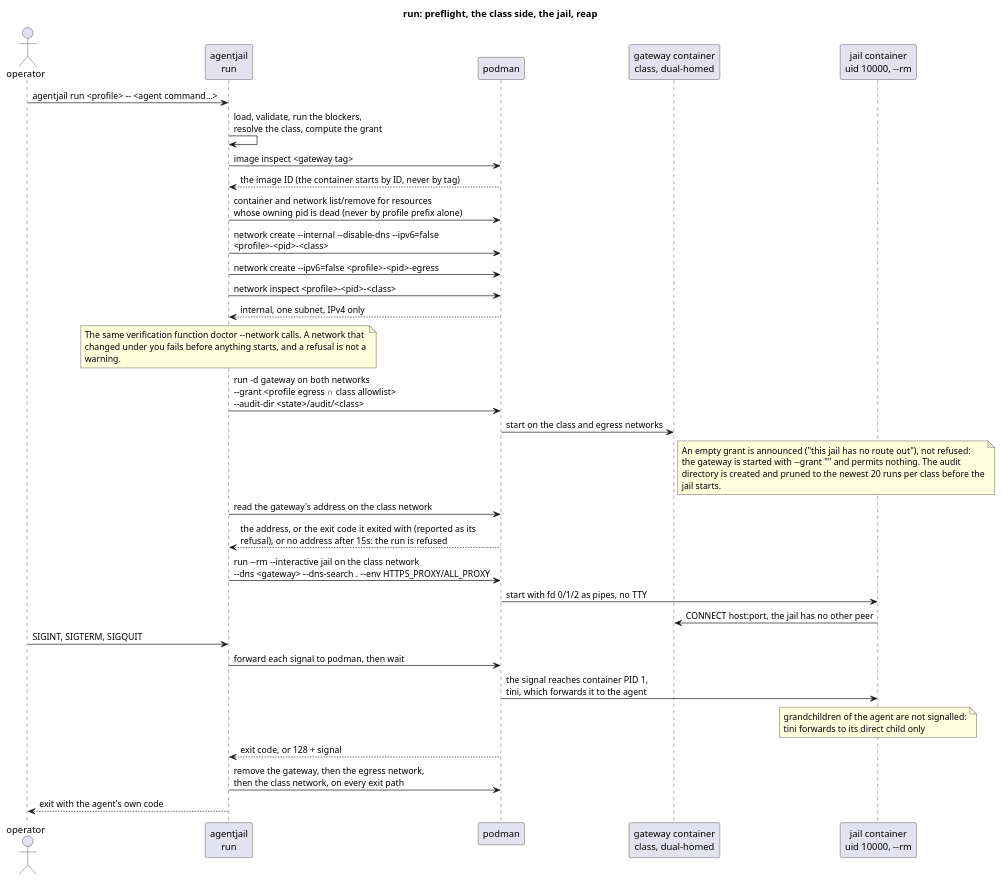
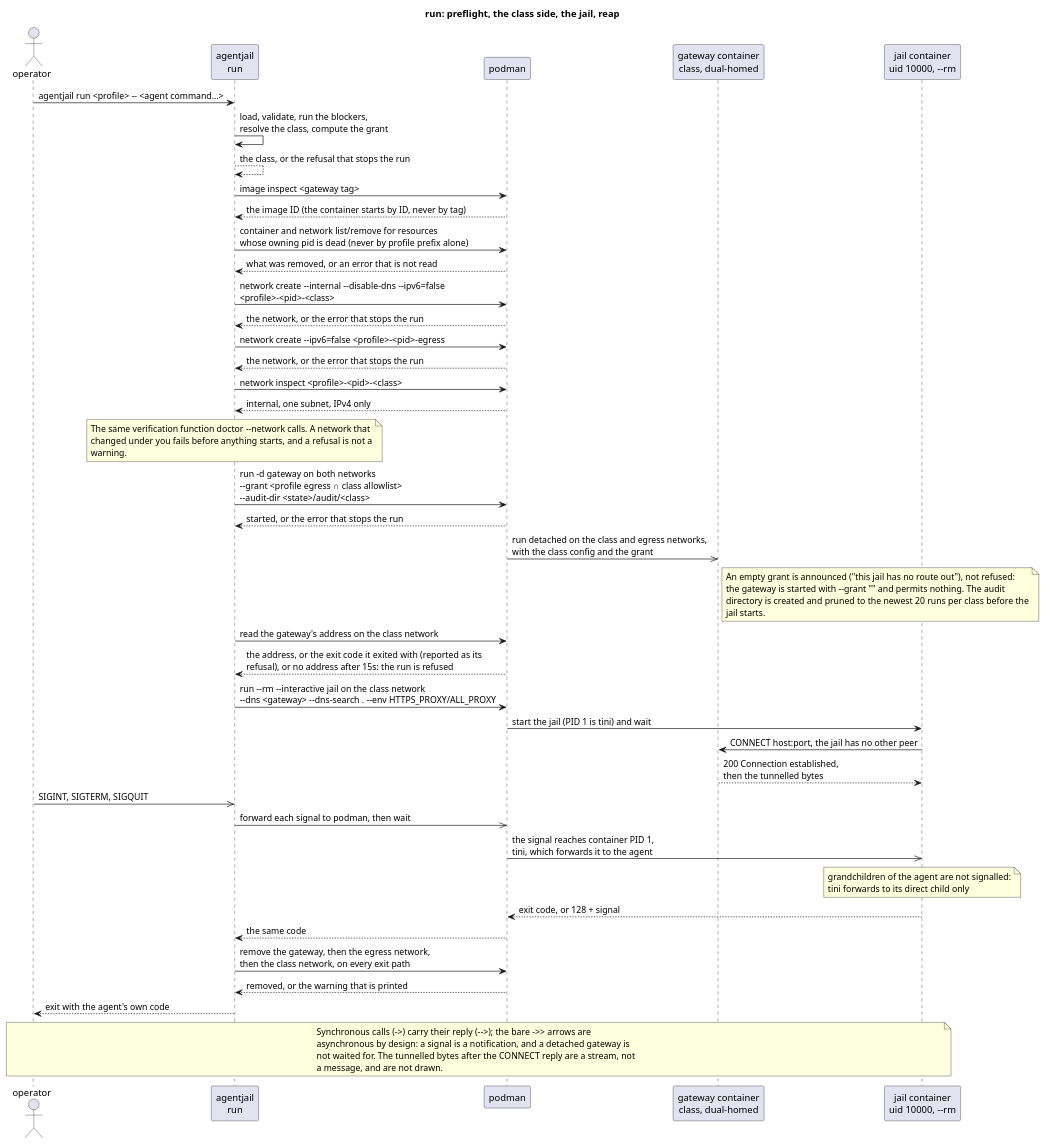
One commit to Breinich/agentjail changed the diagram in docs/diagrams/run-lifecycle.puml. Above: the diagram before and after it, drawn with PlantUML. The commit also changed 5 other files, not shown here.

```diff
--- a/docs/diagrams/run-lifecycle.puml
+++ b/docs/diagrams/run-lifecycle.puml
@@ -1,50 +1,65 @@
 @startuml run-lifecycle
-' UML sequence diagram only: participants, lifelines, messages, returns and
-' notes, and no other diagram or UML element type. The order is the order
-' `run` takes it in: nothing is started before the network it joins exists.
+' UML sequence diagram only: participants, lifelines, sync and async messages,
+' replies and notes, and no other diagram or UML element type. The order is the
+' order `run` takes it in: nothing is started before the network it joins
+' exists.
 ' Source of record for docs/diagrams/run-lifecycle.svg. Do not edit the SVG:
 ' render it with the pinned PlantUML image (docs/adopting.md).
 ' &#45;&#45; is a literal "--": PlantUML reads --text-- as strikeout.
 title run: preflight, the class side, the jail, reap
 
 actor "operator" as H
 participant "agentjail\nrun" as C
 participant "podman" as P
 participant "gateway container\nclass, dual-homed" as G
 participant "jail container\nuid 10000, --rm" as J
 
 H -> C : agentjail run <profile> &#45;&#45; <agent command…>
 C -> C : load, validate, run the blockers,\nresolve the class, compute the grant
+C --> C : the class, or the refusal that stops the run
 C -> P : image inspect <gateway tag>
 P --> C : the image ID (the container starts by ID, never by tag)
 C -> P : container and network list/remove for resources\nwhose owning pid is dead (never by profile prefix alone)
+P --> C : what was removed, or an error that is not read
 C -> P : network create &#45;&#45;internal &#45;&#45;disable-dns &#45;&#45;ipv6=false\n<profile>-<pid>-<class>
+P --> C : the network, or the error that stops the run
 C -> P : network create &#45;&#45;ipv6=false <profile>-<pid>-egress
+P --> C : the network, or the error that stops the run
 C -> P : network inspect <profile>-<pid>-<class>
 P --> C : internal, one subnet, IPv4 only
 note over C
   The same verification function doctor &#45;&#45;network calls. A network that
   changed under you fails before anything starts, and a refusal is not a
   warning.
 end note
 C -> P : run -d gateway on both networks\n&#45;&#45;grant <profile egress ∩ class allowlist>\n&#45;&#45;audit-dir <state>/audit/<class>
-P -> G : start on the class and egress networks
+P --> C : started, or the error that stops the run
+P ->> G : run detached on the class and egress networks,\nwith the class config and the grant
 note right of G
   An empty grant is announced ("this jail has no route out"), not refused:
   the gateway is started with --grant "" and permits nothing. The audit
   directory is created and pruned to the newest 20 runs per class before the
   jail starts.
 end note
 C -> P : read the gateway's address on the class network
 P --> C : the address, or the exit code it exited with (reported as its\nrefusal), or no address after 15s: the run is refused
 C -> P : run &#45;&#45;rm &#45;&#45;interactive jail on the class network\n&#45;&#45;dns <gateway> &#45;&#45;dns-search . &#45;&#45;env HTTPS_PROXY/ALL_PROXY
-P -> J : start with fd 0/1/2 as pipes, no TTY
+P -> J : start the jail (PID 1 is tini) and wait
 J -> G : CONNECT host:port, the jail has no other peer
-H -> C : SIGINT, SIGTERM, SIGQUIT
-C -> P : forward each signal to podman, then wait
-P -> J : the signal reaches container PID 1,\ntini, which forwards it to the agent
+G --> J : 200 Connection established,\nthen the tunnelled bytes
+H ->> C : SIGINT, SIGTERM, SIGQUIT
+C ->> P : forward each signal to podman, then wait
+P ->> J : the signal reaches container PID 1,\ntini, which forwards it to the agent
 note over J : grandchildren of the agent are not signalled:\ntini forwards to its direct child only
-P --> C : exit code, or 128 + signal
+J --> P : exit code, or 128 + signal
+P --> C : the same code
 C -> P : remove the gateway, then the egress network,\nthen the class network, on every exit path
+P --> C : removed, or the warning that is printed
 C --> H : exit with the agent's own code
+note over H, J
+  Synchronous calls (->) carry their reply (-->); the bare ->> arrows are
+  asynchronous by design: a signal is a notification, and a detached gateway is
+  not waited for. The tunnelled bytes after the CONNECT reply are a stream, not
+  a message, and are not drawn.
+end note
 @enduml
```
